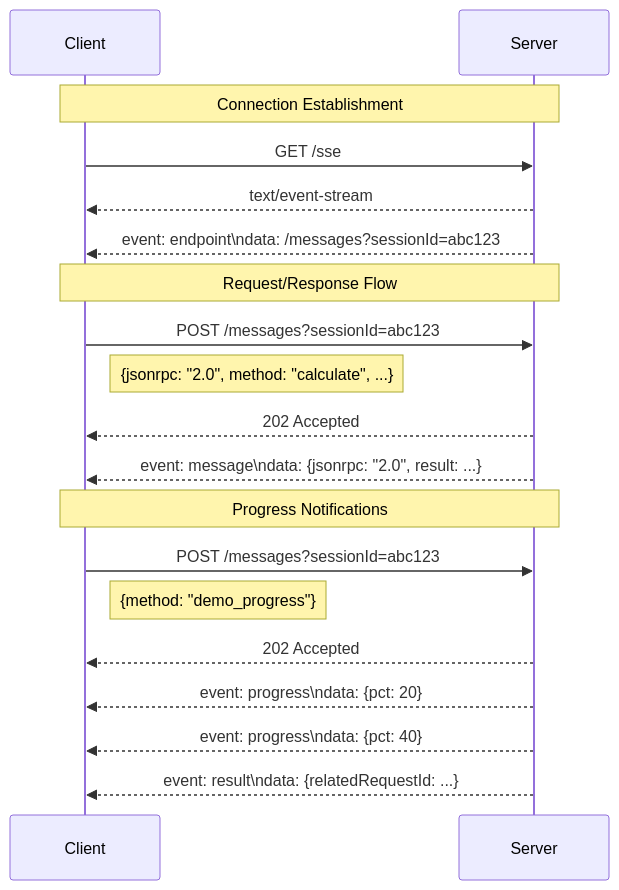
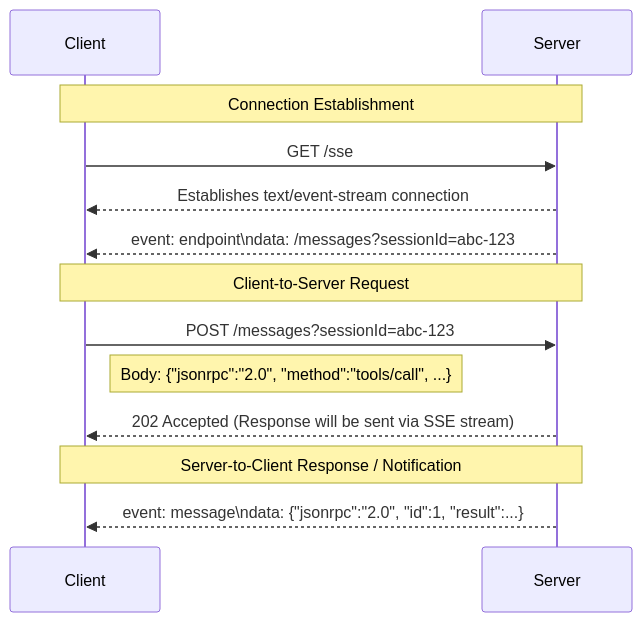
The diagram in README.md (yigitkonur/example-mcp-server-sse), drawn with Mermaid before and after one commit. The commit also changed other lines of this file, not shown here.

````diff
--- a/README.md
+++ b/README.md
@@ -47,25 +47,18 @@
 ```mermaid
 sequenceDiagram
     participant Client
     participant Server
-    
+
     Note over Client,Server: Connection Establishment
     Client->>Server: GET /sse
-    Server-->>Client: text/event-stream
-    Server-->>Client: event: endpoint\ndata: /messages?sessionId=abc123
-    
-    Note over Client,Server: Request/Response Flow
-    Client->>Server: POST /messages?sessionId=abc123
-    Note right of Client: {jsonrpc: "2.0", method: "calculate", ...}
-    Server-->>Client: 202 Accepted
-    
-    Server-->>Client: event: message\ndata: {jsonrpc: "2.0", result: ...}
-    
-    Note over Client,Server: Progress Notifications
-    Client->>Server: POST /messages?sessionId=abc123
-    Note right of Client: {method: "demo_progress"}
-    Server-->>Client: 202 Accepted
-    Server-->>Client: event: progress\ndata: {pct: 20}
-    Server-->>Client: event: progress\ndata: {pct: 40}
-    Server-->>Client: event: result\ndata: {relatedRequestId: ...}
+    Server-->>Client: Establishes text/event-stream connection
+    Server-->>Client: event: endpoint\ndata: /messages?sessionId=abc-123
+
+    Note over Client,Server: Client-to-Server Request
+    Client->>Server: POST /messages?sessionId=abc-123
+    Note right of Client: Body: {"jsonrpc":"2.0", "method":"tools/call", ...}
+    Server-->>Client: 202 Accepted (Response will be sent via SSE stream)
+
+    Note over Client,Server: Server-to-Client Response / Notification
+    Server-->>Client: event: message\ndata: {"jsonrpc":"2.0", "id":1, "result":...}
 ```
````
